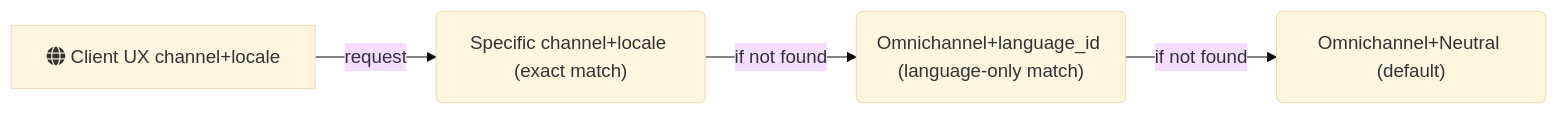
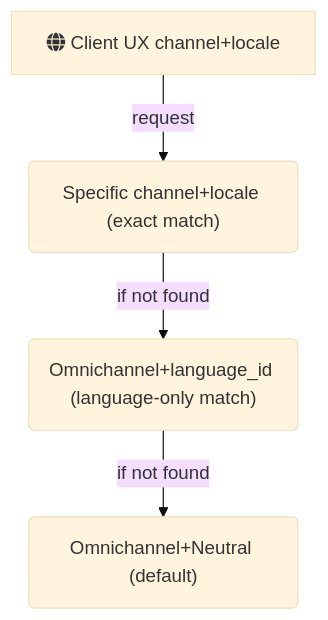
The first of 2 diagrams in articles/commerce/omnichannel-media-management/omnichannel-media-management-overview.md (MicrosoftDocs/dynamics-365-unified-operations-public), drawn with Mermaid (base theme) before and after one commit.

````diff
--- a/articles/commerce/omnichannel-media-management/omnichannel-media-management-overview.md
+++ b/articles/commerce/omnichannel-media-management/omnichannel-media-management-overview.md
@@ -58,6 +58,6 @@
 ```mermaid
-  flowchart LR;
+  flowchart TD;
       A[fa:fa-globe Client UX channel+locale]-->|request| B("Specific channel+locale (exact match)")
       B-->|if not found| C("Omnichannel+language_id (language-only match)")
       C-->|if not found| D("Omnichannel+Neutral (default)");
 ```
````
